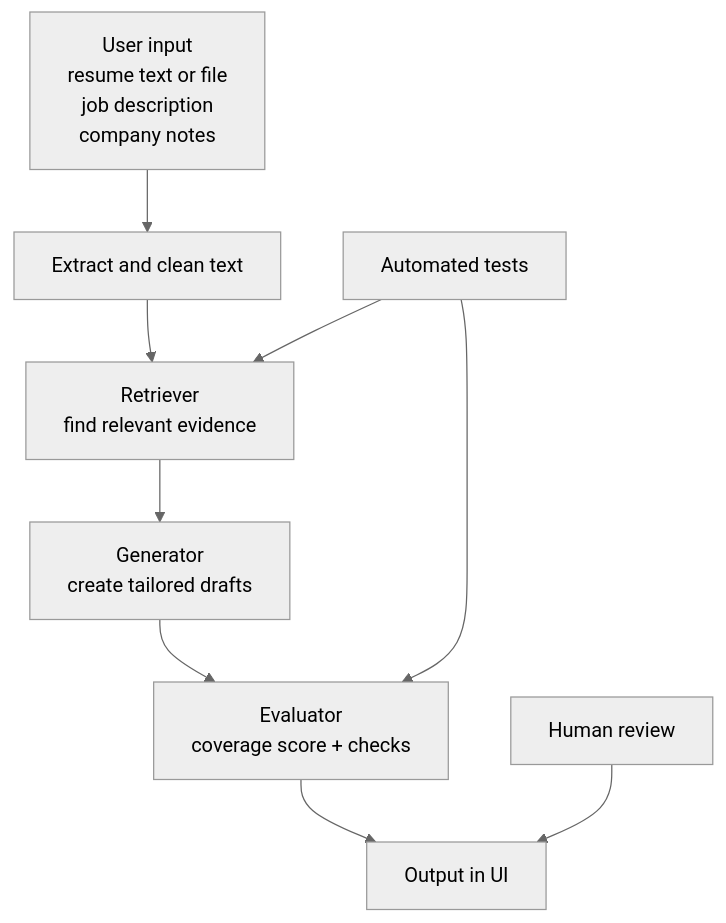
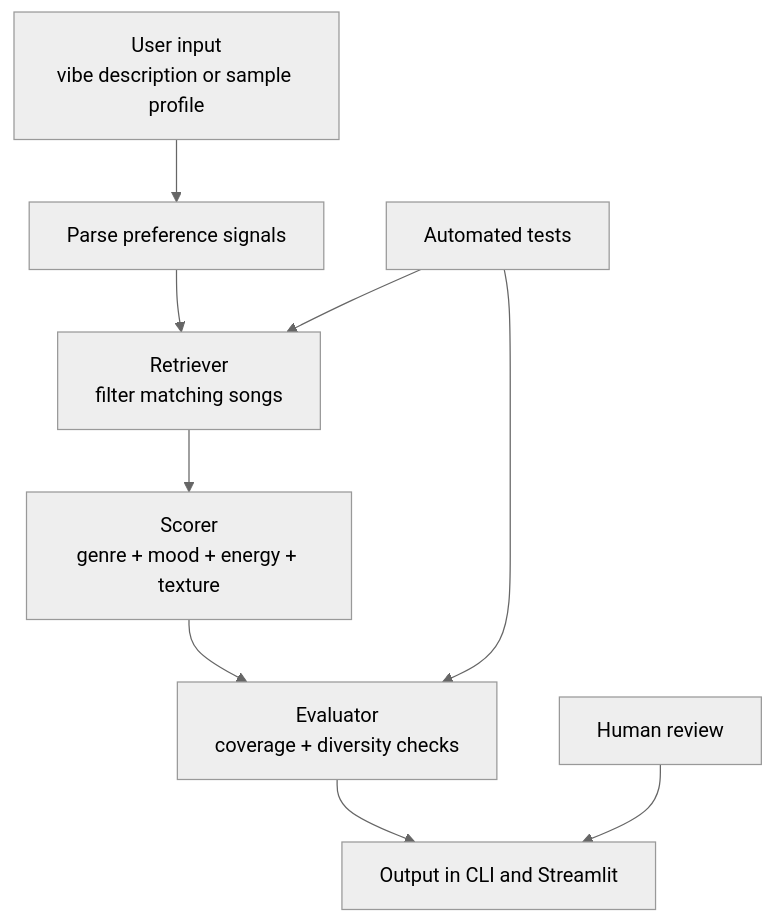
One commit to HeetJani123/applied-ai-system-project changed the diagram in README.md. Above: the diagram before and after it, drawn with Mermaid (neutral theme). The commit also changed other lines of this file and 9 other files, not shown here.

````diff
--- a/README.md
+++ b/README.md
@@ -15,12 +17,12 @@
 ```mermaid
 flowchart TD
-    IN[User input<br/>resume text or file<br/>job description<br/>company notes] --> EX[Extract and clean text]
-    EX --> RET[Retriever<br/>find relevant evidence]
-    RET --> GEN[Generator<br/>create tailored drafts]
-    GEN --> EVAL[Evaluator<br/>coverage score + checks]
-    EVAL --> OUT[Output in UI]
+    IN[User input<br/>vibe description or sample profile] --> PARSE[Parse preference signals]
+    PARSE --> RET[Retriever<br/>filter matching songs]
+    RET --> SCORE[Scorer<br/>genre + mood + energy + texture]
+    SCORE --> EVAL[Evaluator<br/>coverage + diversity checks]
+    EVAL --> OUT[Output in CLI and Streamlit]
 
     TEST[Automated tests] --> RET
     TEST --> EVAL
     HUMAN[Human review] --> OUT
 ```
````
